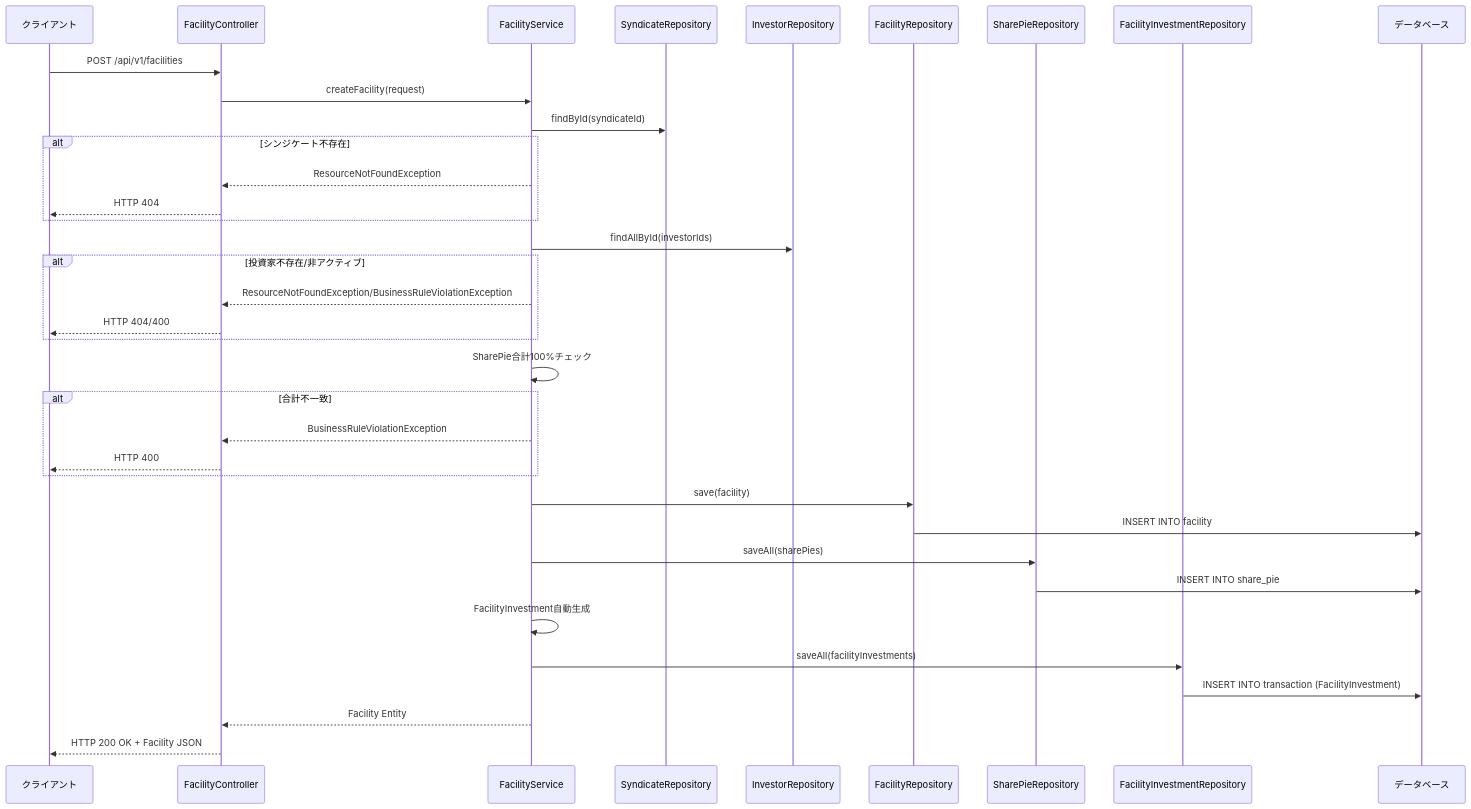
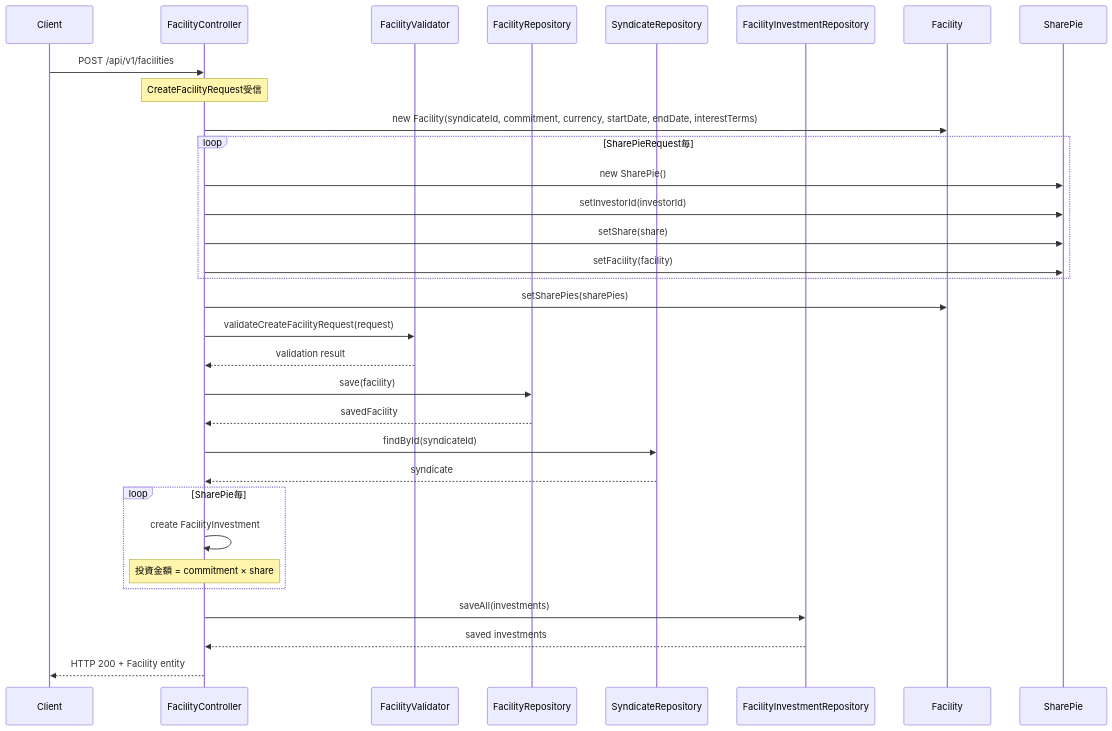
Before and after one commit to tis-abe-akira/ddd-ai-bbom: the diagram in docs/create-facility.md, drawn with Mermaid. The commit also changed other lines of this file and 6 other files, not shown here.

Commit message:
Remove CLAUDE.md and update README.md with project overview, architecture, and API specifications. Revise create-drawdown.md and create-facility.md to reflect changes in processing flows and error handling strategies. Enhance documentation clarity and align with current implementation practices.

````diff
--- a/docs/create-facility.md
+++ b/docs/create-facility.md
@@ -9,39 +22,43 @@
 ```mermaid
 sequenceDiagram
-    participant Client as クライアント
-    participant Controller as FacilityController
-    participant Service as FacilityService
-    participant SyndicateRepo as SyndicateRepository
-    participant InvestorRepo as InvestorRepository
-    participant FacilityRepo as FacilityRepository
-    participant SharePieRepo as SharePieRepository
-    participant FacilityInvestmentRepo as FacilityInvestmentRepository
-    participant DB as データベース
+    participant Client
+    participant FacilityController
+    participant FacilityValidator
+    participant FacilityRepository
+    participant SyndicateRepository
+    participant FacilityInvestmentRepository
+    participant Facility
+    participant SharePie
 
-    Client->>Controller: POST /api/v1/facilities
-    Controller->>Service: createFacility(request)
-    Service->>SyndicateRepo: findById(syndicateId)
-    alt シンジケート不存在
-        Service-->>Controller: ResourceNotFoundException
-        Controller-->>Client: HTTP 404
+    Client->>FacilityController: POST /api/v1/facilities
+    Note over FacilityController: CreateFacilityRequest受信
+
+    FacilityController->>Facility: new Facility(syndicateId, commitment, currency, startDate, endDate, interestTerms)
+    
+    loop SharePieRequest毎
+        FacilityController->>SharePie: new SharePie()
+        FacilityController->>SharePie: setInvestorId(investorId)
+        FacilityController->>SharePie: setShare(share)
+        FacilityController->>SharePie: setFacility(facility)
     end
-    Service->>InvestorRepo: findAllById(investorIds)
-    alt 投資家不存在/非アクティブ
-        Service-->>Controller: ResourceNotFoundException/BusinessRuleViolationException
-        Controller-->>Client: HTTP 404/400
+    
+    FacilityController->>Facility: setSharePies(sharePies)
+    FacilityController->>FacilityValidator: validateCreateFacilityRequest(request)
+    FacilityValidator-->>FacilityController: validation result
+    
+    FacilityController->>FacilityRepository: save(facility)
+    FacilityRepository-->>FacilityController: savedFacility
+    
+    FacilityController->>SyndicateRepository: findById(syndicateId)
+    SyndicateRepository-->>FacilityController: syndicate
+    
+    loop SharePie毎
+        FacilityController->>FacilityController: create FacilityInvestment
+        Note over FacilityController: 投資金額 = commitment × share
     end
-    Service->>Service: SharePie合計100%チェック
-    alt 合計不一致
-        Service-->>Controller: BusinessRuleViolationException
-        Controller-->>Client: HTTP 400
-    end
-    Service->>FacilityRepo: save(facility)
-    FacilityRepo->>DB: INSERT INTO facility
-    Service->>SharePieRepo: saveAll(sharePies)
-    SharePieRepo->>DB: INSERT INTO share_pie
-    Service->>Service: FacilityInvestment自動生成
-    Service->>FacilityInvestmentRepo: saveAll(facilityInvestments)
-    FacilityInvestmentRepo->>DB: INSERT INTO transaction (FacilityInvestment)
-    Service-->>Controller: Facility Entity
-    Controller-->>Client: HTTP 200 OK + Facility JSON
+    
+    FacilityController->>FacilityInvestmentRepository: saveAll(investments)
+    FacilityInvestmentRepository-->>FacilityController: saved investments
+    
+    FacilityController-->>Client: HTTP 200 + Facility entity
 ```
````
